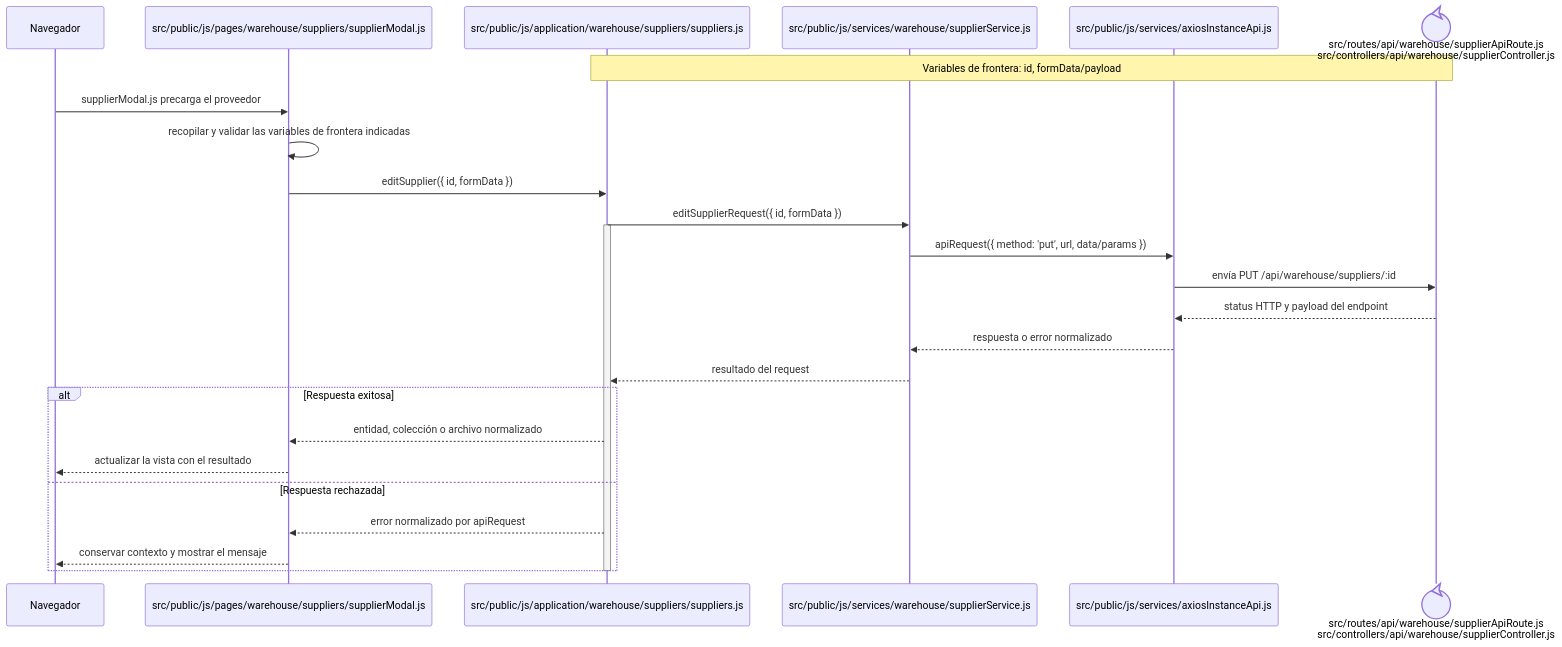
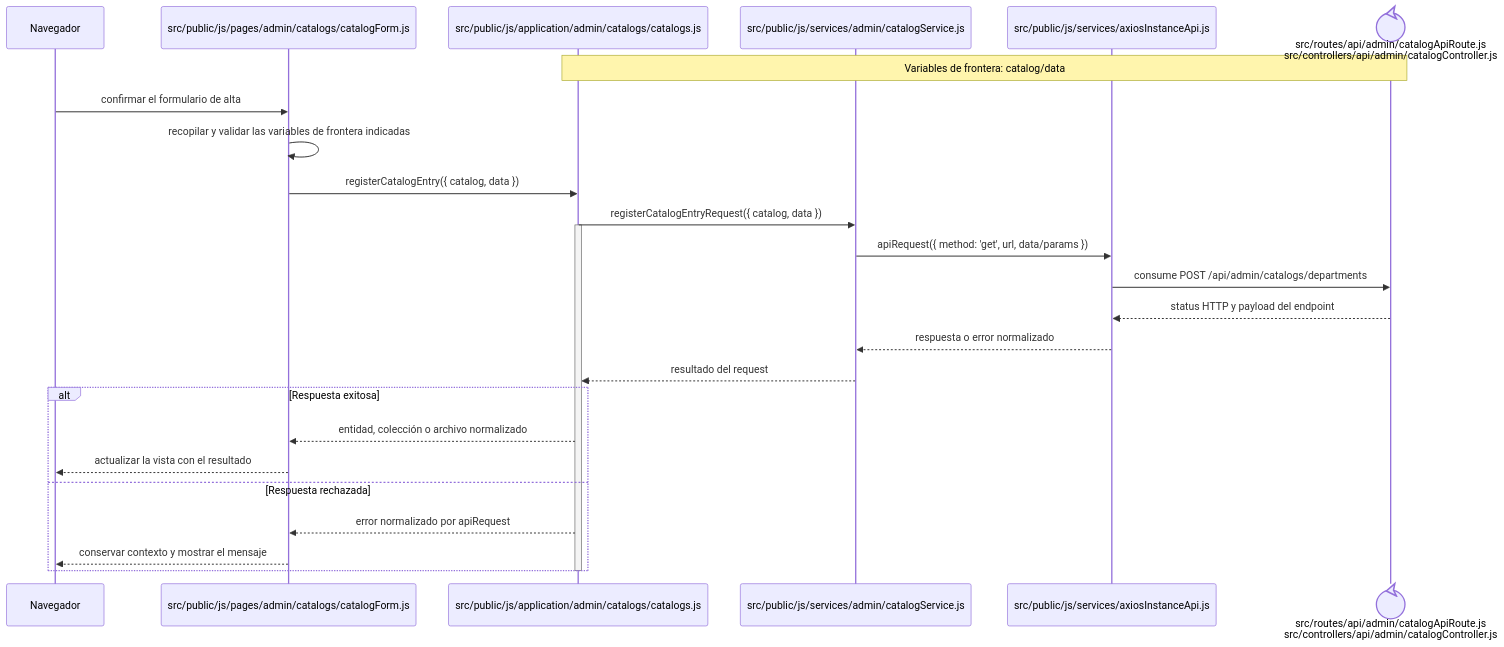
The diagram in docs/architecture/frontend-code-sequences/catalogs/cu-cat-11.md (gpgsistemas01/nexus), drawn with Mermaid before and after one commit. The commit also changed other lines of this file and 287 other files, not shown here.

````diff
--- a/docs/architecture/frontend-code-sequences/catalogs/cu-cat-11.md
+++ b/docs/architecture/frontend-code-sequences/catalogs/cu-cat-11.md
@@ -6,29 +6,29 @@
 ```mermaid
 sequenceDiagram
     participant Browser as Navegador
-    participant View as src/public/js/pages/warehouse/suppliers/supplierModal.js
-    participant Application as src/public/js/application/warehouse/suppliers/suppliers.js
-    participant Request as src/public/js/services/warehouse/supplierService.js
+    participant View as src/public/js/pages/admin/catalogs/catalogForm.js
+    participant Application as src/public/js/application/admin/catalogs/catalogs.js
+    participant Request as src/public/js/services/admin/catalogService.js
     participant HTTP as src/public/js/services/axiosInstanceApi.js
-    participant Transport@{ "type": "control" } as src/routes/api/warehouse/supplierApiRoute.js<br/>src/controllers/api/warehouse/supplierController.js
-    Note over Application,Transport: Variables de frontera: id, formData/payload
+    participant Transport@{ "type": "control" } as src/routes/api/admin/catalogApiRoute.js<br/>src/controllers/api/admin/catalogController.js
+    Note over Application,Transport: Variables de frontera: catalog/data
 
-    Browser->>View: supplierModal.js precarga el proveedor
+    Browser->>View: confirmar el formulario de alta
     View->>View: recopilar y validar las variables de frontera indicadas
-    View->>Application: editSupplier({ id, formData })
-    Application->>Request: editSupplierRequest({ id, formData })
+    View->>Application: registerCatalogEntry({ catalog, data })
+    Application->>Request: registerCatalogEntryRequest({ catalog, data })
     activate Application
-    Request->>HTTP: apiRequest({ method: 'put', url, data/params })
-    HTTP->>Transport: envía PUT /api/warehouse/suppliers/:id
+    Request->>HTTP: apiRequest({ method: 'get', url, data/params })
+    HTTP->>Transport: consume POST /api/admin/catalogs/departments
     Transport-->>HTTP: status HTTP y payload del endpoint
     HTTP-->>Request: respuesta o error normalizado
     Request-->>Application: resultado del request
     alt Respuesta exitosa
         Application-->>View: entidad, colección o archivo normalizado
         View-->>Browser: actualizar la vista con el resultado
     else Respuesta rechazada
         Application-->>View: error normalizado por apiRequest
         View-->>Browser: conservar contexto y mostrar el mensaje
     end
     deactivate Application
 ```
````
